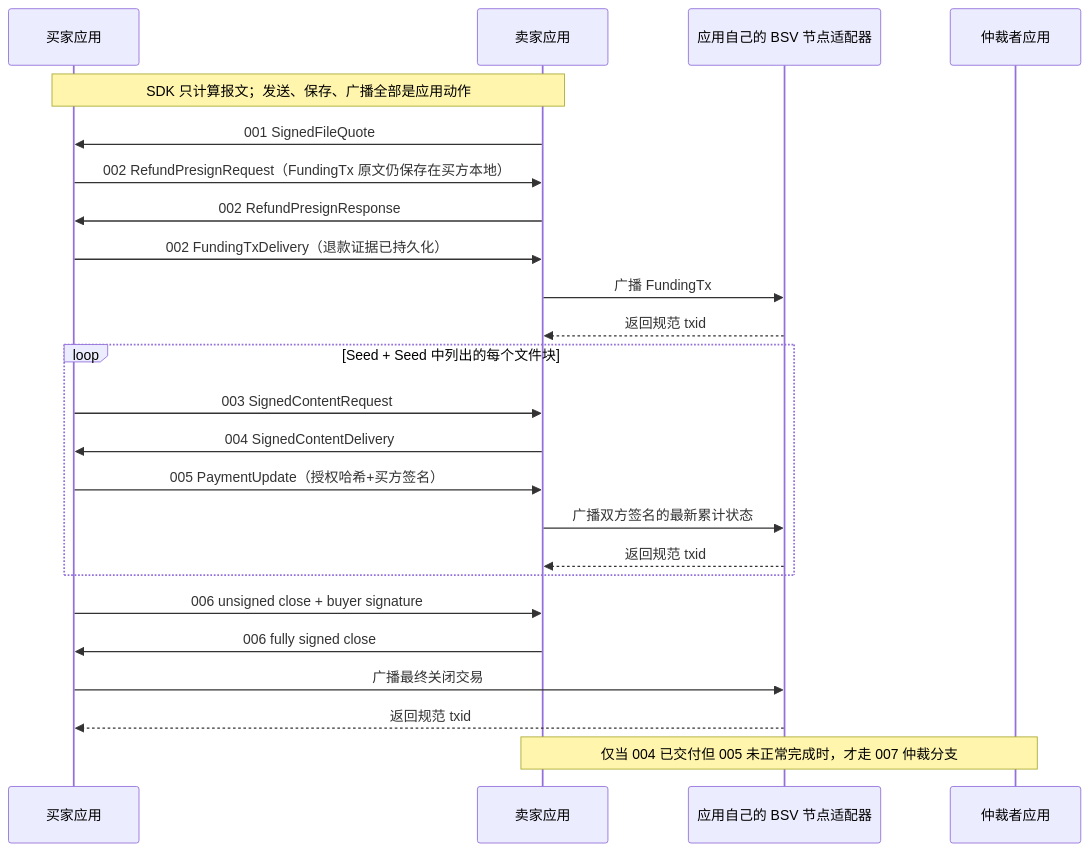
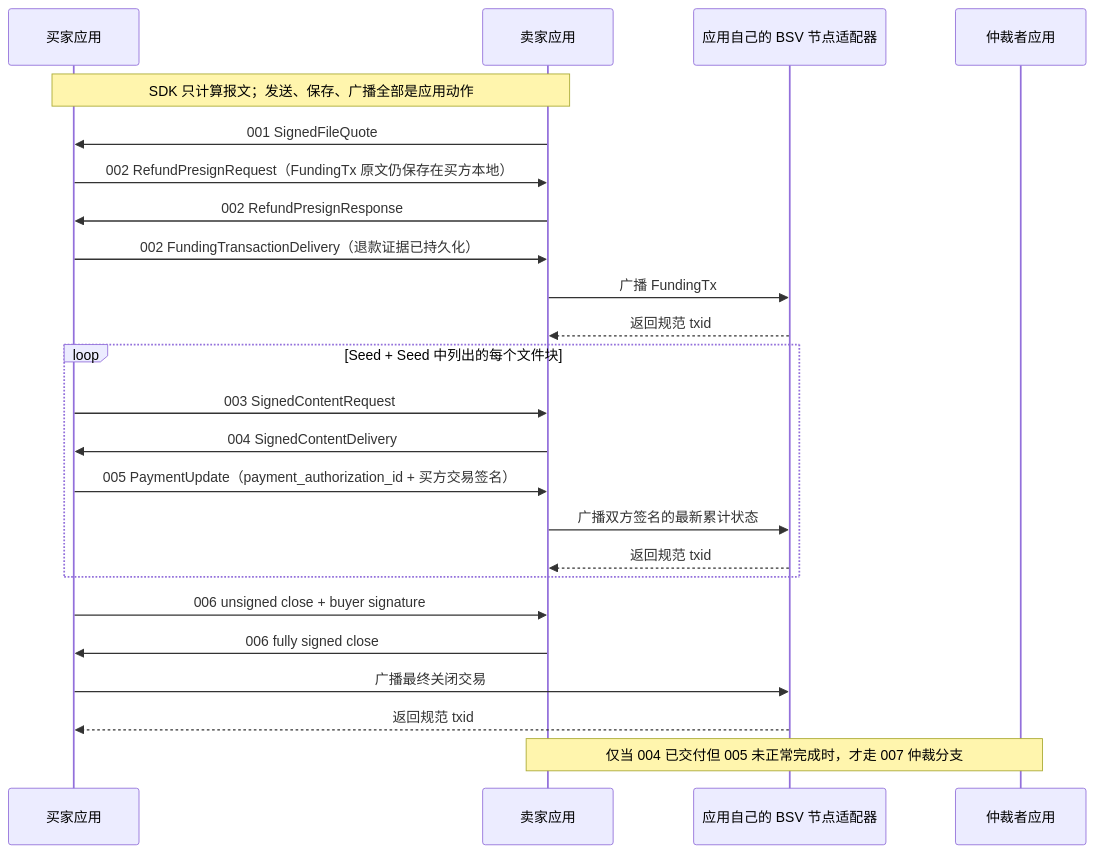
Before and after one commit to bsv8/go-bitfs: the diagram in docs/complete-file-purchase/README.md, drawn with Mermaid. The commit also changed other lines of this file and 143 other files, not shown here.

````diff
--- a/docs/complete-file-purchase/README.md
+++ b/docs/complete-file-purchase/README.md
@@ -27,30 +27,30 @@
 ```mermaid
 sequenceDiagram
     participant B as 买家应用
     participant S as 卖家应用
     participant N as 应用自己的 BSV 节点适配器
     participant A as 仲裁者应用
 
     Note over B,S: SDK 只计算报文；发送、保存、广播全部是应用动作
     S->>B: 001 SignedFileQuote
     B->>S: 002 RefundPresignRequest（FundingTx 原文仍保存在买方本地）
     S->>B: 002 RefundPresignResponse
-    B->>S: 002 FundingTxDelivery（退款证据已持久化）
+    B->>S: 002 FundingTransactionDelivery（退款证据已持久化）
     S->>N: 广播 FundingTx
     N-->>S: 返回规范 txid
 
     loop Seed + Seed 中列出的每个文件块
         B->>S: 003 SignedContentRequest
         S->>B: 004 SignedContentDelivery
-        B->>S: 005 PaymentUpdate（授权哈希+买方签名）
+        B->>S: 005 PaymentUpdate（payment_authorization_id + 买方交易签名）
         S->>N: 广播双方签名的最新累计状态
         N-->>S: 返回规范 txid
     end
 
     B->>S: 006 unsigned close + buyer signature
     S->>B: 006 fully signed close
     B->>N: 广播最终关闭交易
     N-->>B: 返回规范 txid
 
     Note over S,A: 仅当 004 已交付但 005 未正常完成时，才走 007 仲裁分支
 ```
````
